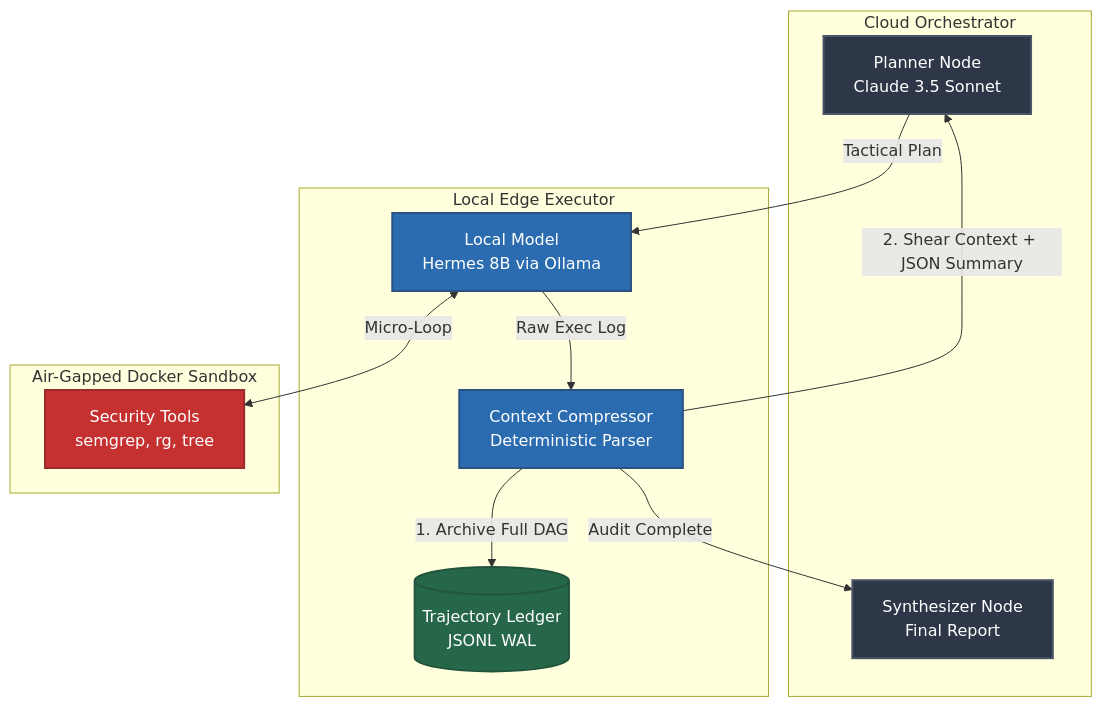
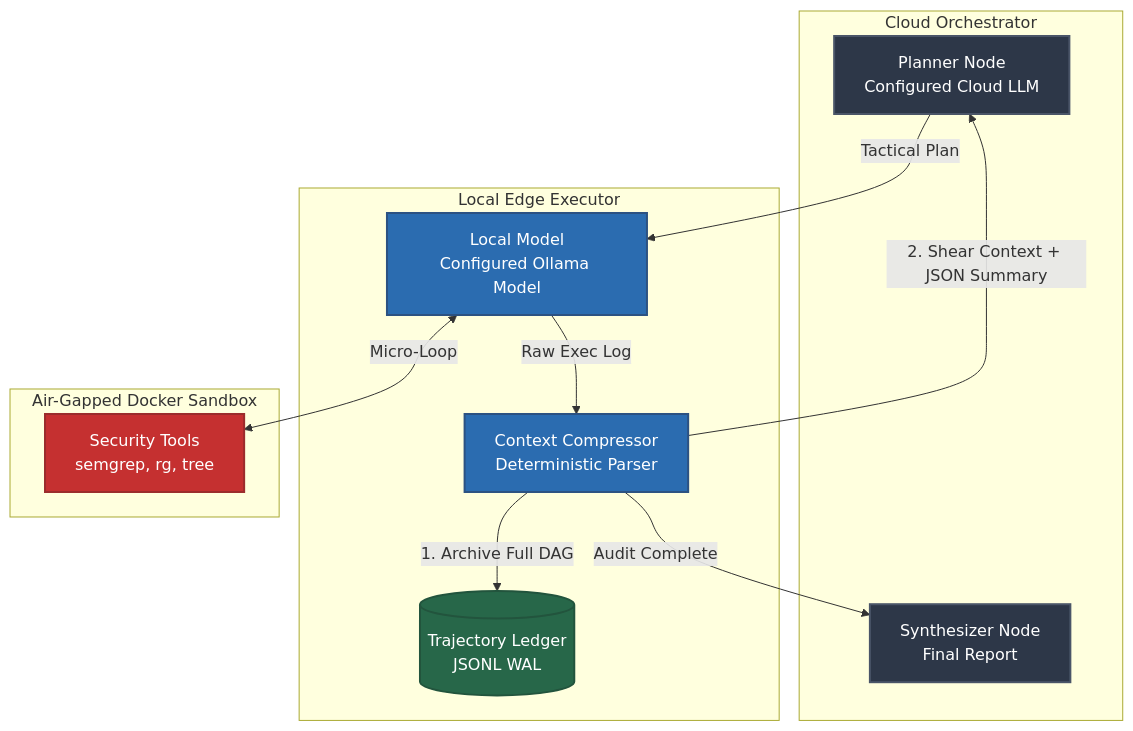
One commit to jayjz/CipherLoop changed the diagram in README.md. Above: the diagram before and after it, drawn with Mermaid. The commit also changed other lines of this file and 2 other files, not shown here.

````diff
--- a/README.md
+++ b/README.md
@@ -23,30 +23,30 @@
 ```mermaid
 graph TD
     classDef cloud fill:#2d3748,stroke:#4a5568,stroke-width:2px,color:#fff;
     classDef local fill:#2b6cb0,stroke:#2c5282,stroke-width:2px,color:#fff;
     classDef sandbox fill:#c53030,stroke:#9b2c2c,stroke-width:2px,color:#fff;
     classDef memory fill:#276749,stroke:#22543d,stroke-width:2px,color:#fff;
 
     subgraph Cloud Orchestrator
-        P[Planner Node<br>Claude 3.5 Sonnet]:::cloud
+        P[Planner Node<br>Configured Cloud LLM]:::cloud
         S[Synthesizer Node<br>Final Report]:::cloud
     end
 
     subgraph Local Edge Executor
-        LM[Local Model<br>Hermes 8B via Ollama]:::local
+        LM[Local Model<br>Configured Ollama Model]:::local
         C[Context Compressor<br>Deterministic Parser]:::local
         WAL[(Trajectory Ledger<br>JSONL WAL)]:::memory
     end
 
     subgraph Air-Gapped Docker Sandbox
         ST[Security Tools<br>semgrep, rg, tree]:::sandbox
     end
 
     P -->|Tactical Plan| LM
     LM <-->|Micro-Loop| ST
     LM -->|Raw Exec Log| C
     C -->|1. Archive Full DAG| WAL
     C -->|2. Shear Context + JSON Summary| P
     C -->|Audit Complete| S
 
 ```
````
